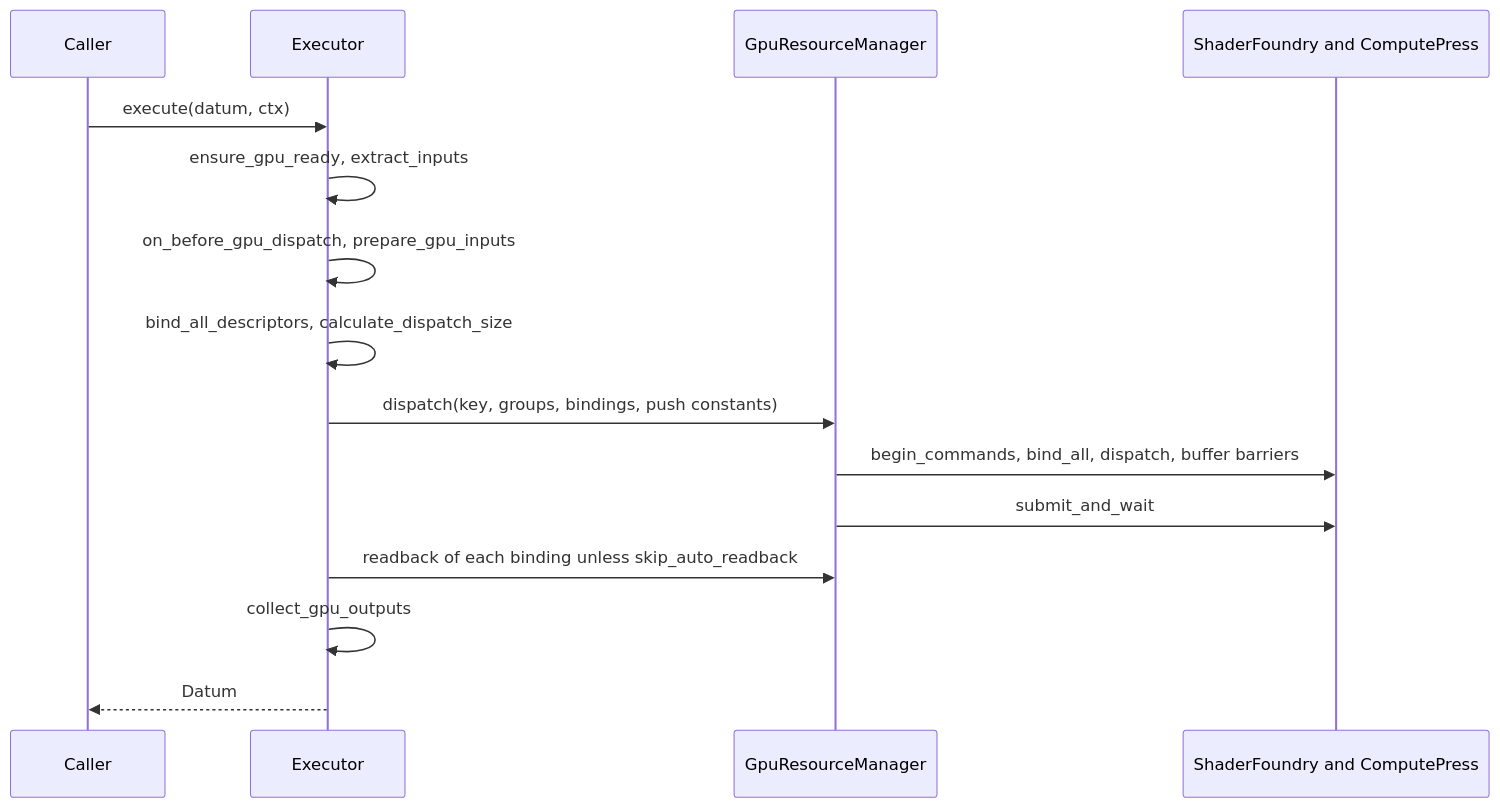
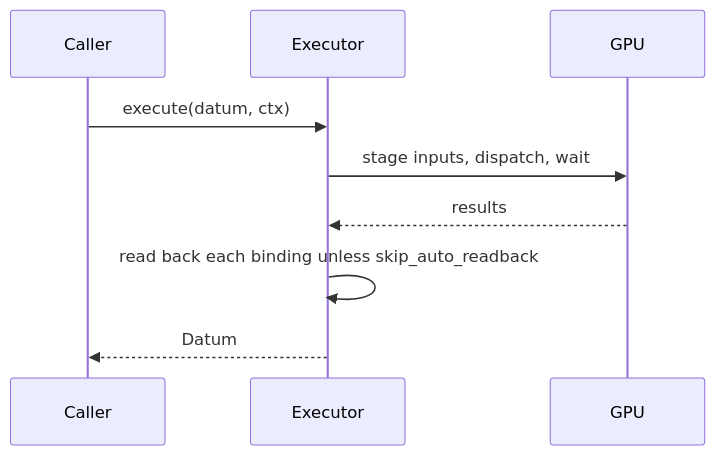
Before and after one commit to MayaFlux/MayaFlux: the fifth of 16 diagrams in docs/GPGPU-Guide.md, drawn with Mermaid. The commit also changed other lines of this file and 2 other files, not shown here.

First line of the commit message:
docs: bring the GPU and compute guides up to the speech and model operations

````diff
--- a/docs/GPGPU-Guide.md
+++ b/docs/GPGPU-Guide.md
@@ -400,18 +392,12 @@
 ```mermaid
 sequenceDiagram
     participant U as Caller
     participant X as Executor
-    participant R as GpuResourceManager
-    participant F as ShaderFoundry and ComputePress
+    participant G as GPU
 
     U->>X: execute(datum, ctx)
-    X->>X: ensure_gpu_ready, extract_inputs
-    X->>X: on_before_gpu_dispatch, prepare_gpu_inputs
-    X->>X: bind_all_descriptors, calculate_dispatch_size
-    X->>R: dispatch(key, groups, bindings, push constants)
-    R->>F: begin_commands, bind_all, dispatch, buffer barriers
-    R->>F: submit_and_wait
-    X->>R: readback of each binding unless skip_auto_readback
-    X->>X: collect_gpu_outputs
+    X->>G: stage inputs, dispatch, wait
+    G-->>X: results
+    X->>X: read back each binding unless skip_auto_readback
     X-->>U: Datum
 ```
````
